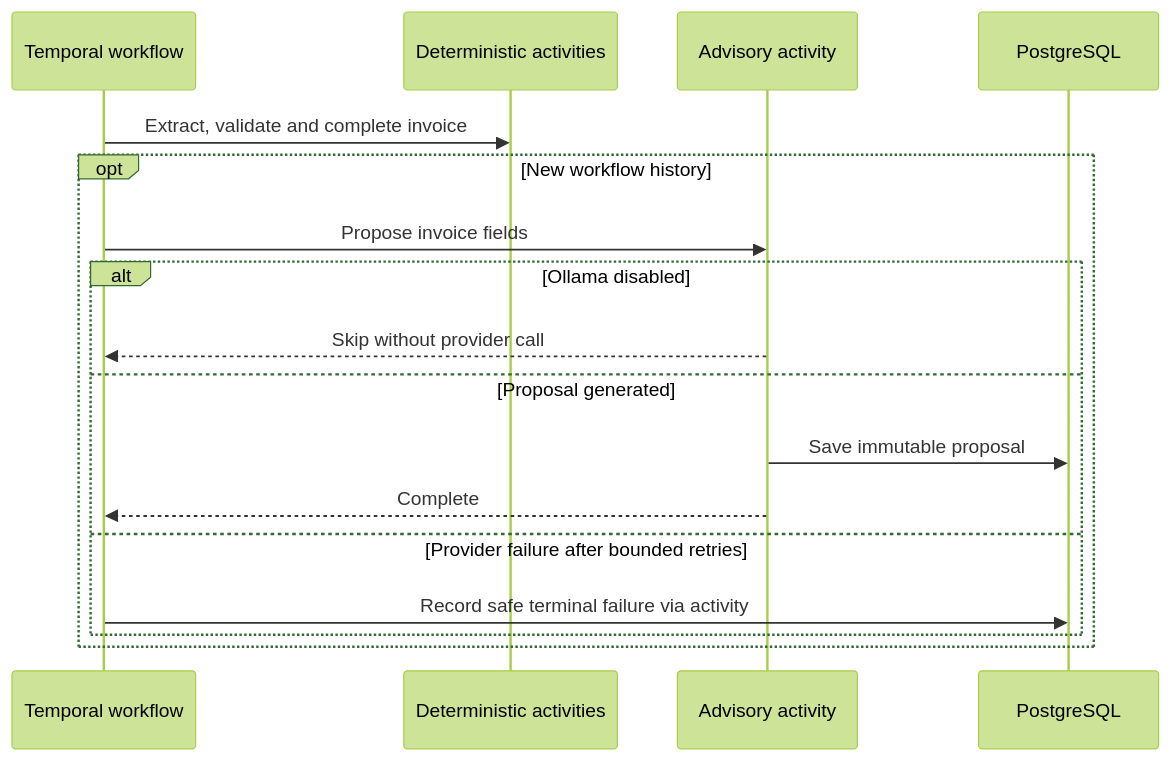
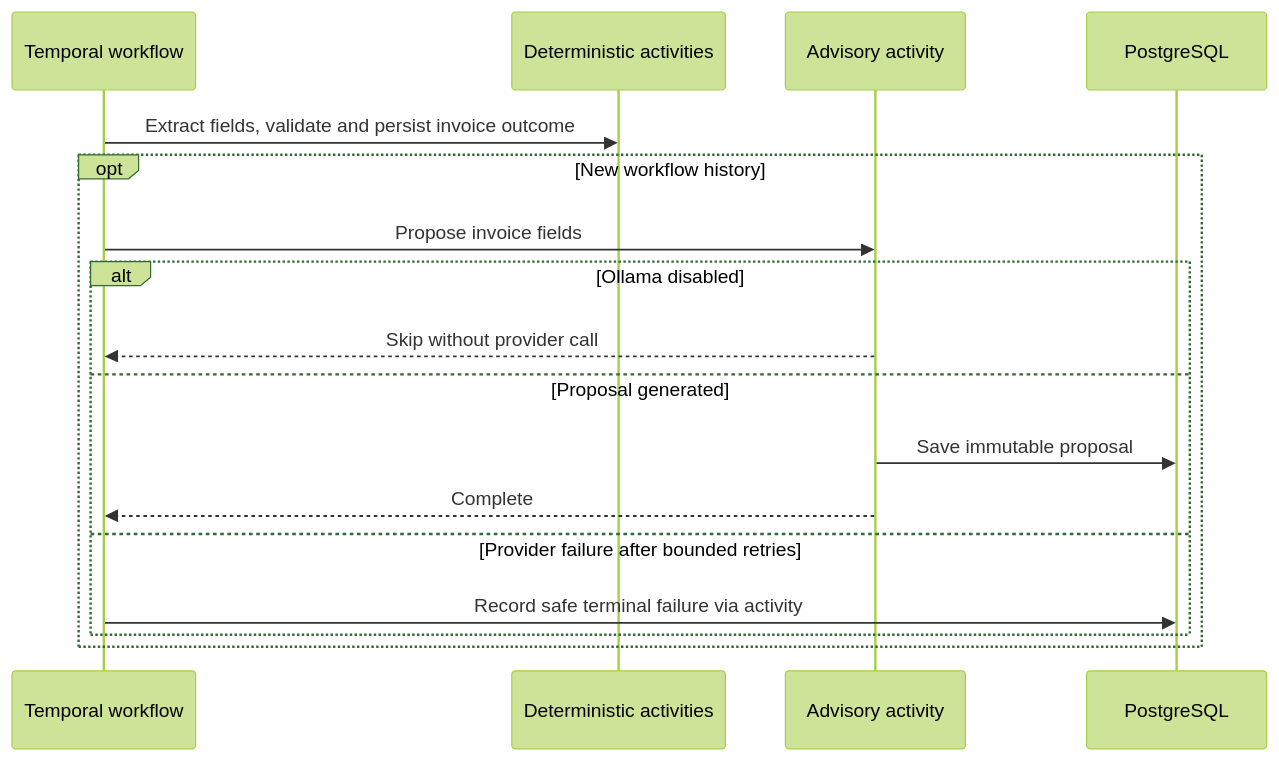
One commit to PietroRussoD/ai-document-processing-platform changed the third of 16 diagrams in docs/architecture.md. Above: the diagram before and after it, drawn with Mermaid (forest theme). The commit also changed other lines of this file and 6 other files, not shown here.

````diff
--- a/docs/architecture.md
+++ b/docs/architecture.md
@@ -78,19 +78,19 @@
 ```mermaid
 sequenceDiagram
     participant W as Temporal workflow
     participant D as Deterministic activities
     participant A as Advisory activity
     participant DB as PostgreSQL
-    W->>D: Extract, validate and complete invoice
+    W->>D: Extract fields, validate and persist invoice outcome
     opt New workflow history
         W->>A: Propose invoice fields
         alt Ollama disabled
             A-->>W: Skip without provider call
         else Proposal generated
             A->>DB: Save immutable proposal
             A-->>W: Complete
         else Provider failure after bounded retries
             W->>DB: Record safe terminal failure via activity
         end
     end
 ```
````
